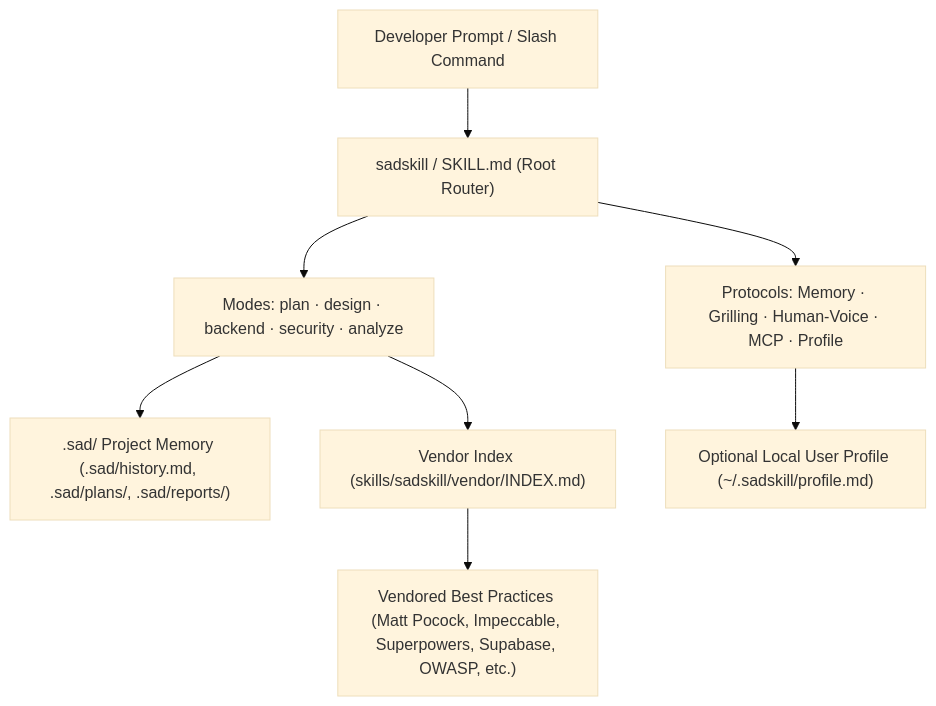
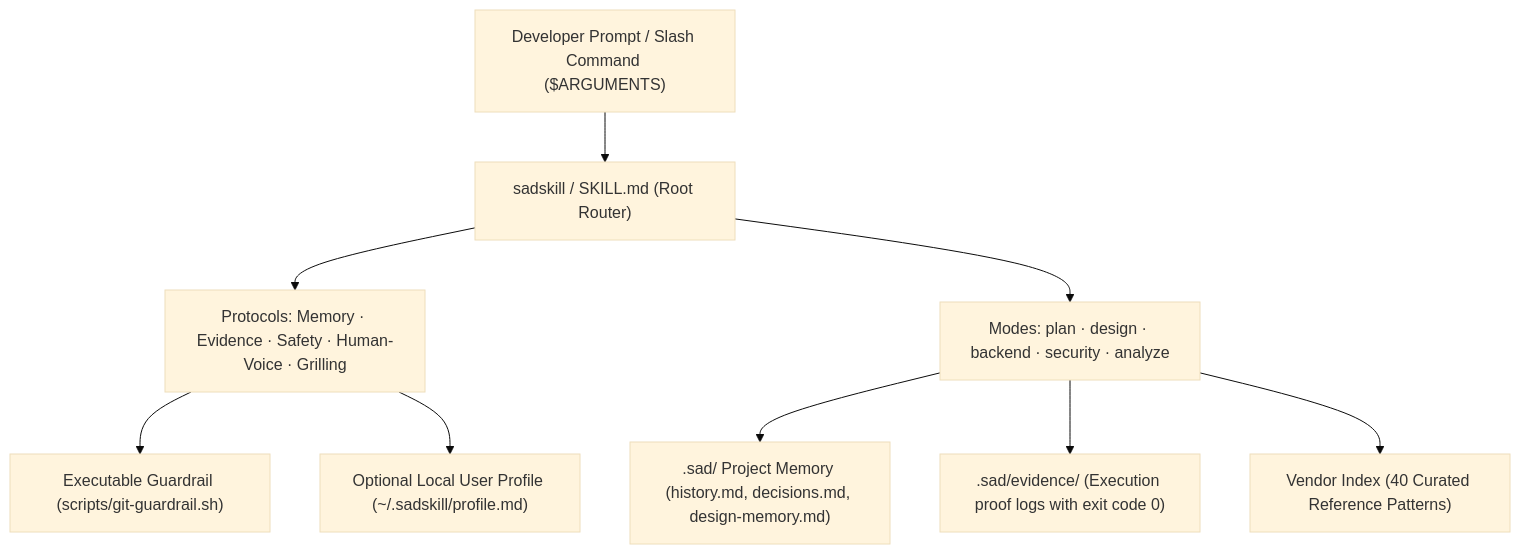
One commit to Prarohi/sadskill changed the diagram in README.md. Above: the diagram before and after it, drawn with Mermaid (base theme). The commit also changed other lines of this file and 34 other files, not shown here.

Commit message:
feat(v0.2.0): verified agent engineering system, adaptive planning, CI, and safety guardrails

````diff
--- a/README.md
+++ b/README.md
@@ -26,10 +56,11 @@
 ```mermaid
 flowchart TD
-    User["Developer Prompt / Slash Command"] --> Router["sadskill / SKILL.md (Root Router)"]
-    Router --> Protocols["Protocols: Memory · Grilling · Human-Voice · MCP · Profile"]
+    User["Developer Prompt / Slash Command ($ARGUMENTS)"] --> Router["sadskill / SKILL.md (Root Router)"]
+    Router --> Protocols["Protocols: Memory · Evidence · Safety · Human-Voice · Grilling"]
     Router --> Modes["Modes: plan · design · backend · security · analyze"]
-    Modes --> Memory[".sad/ Project Memory (.sad/history.md, .sad/plans/, .sad/reports/)"]
-    Modes --> VendorIndex["Vendor Index (skills/sadskill/vendor/INDEX.md)"]
-    VendorIndex --> CuratedVendors["Vendored Best Practices (Matt Pocock, Impeccable, Superpowers, Supabase, OWASP, etc.)"]
+    Modes --> Memory[".sad/ Project Memory (history.md, decisions.md, design-memory.md)"]
+    Modes --> Evidence[".sad/evidence/ (Execution proof logs with exit code 0)"]
+    Modes --> VendorIndex["Vendor Index (40 Curated Reference Patterns)"]
+    Protocols --> Guardrails["Executable Guardrail (scripts/git-guardrail.sh)"]
     Protocols --> LocalProfile["Optional Local User Profile (~/.sadskill/profile.md)"]
 ```
````
